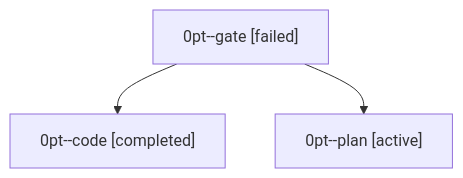
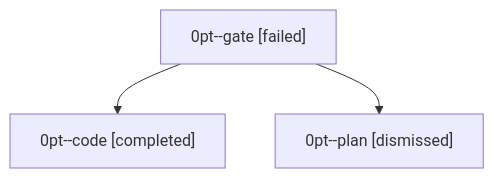
Before and after one commit to sase-org/sase--agents: the diagram in sessions/bbugyi200.athena.0pt.md, drawn with Mermaid. The commit also changed other lines of this file and 36 other files, not shown here.

````diff
--- a/sessions/bbugyi200.athena.0pt.md
+++ b/sessions/bbugyi200.athena.0pt.md
@@ -9,8 +9,8 @@
 ```mermaid
 flowchart TD
   n0["0pt--gate [failed]"]
   n1["0pt--code [completed]"]
   n0 --> n1
-  n2["0pt--plan [active]"]
+  n2["0pt--plan [dismissed]"]
   n0 --> n2
 ```
````
